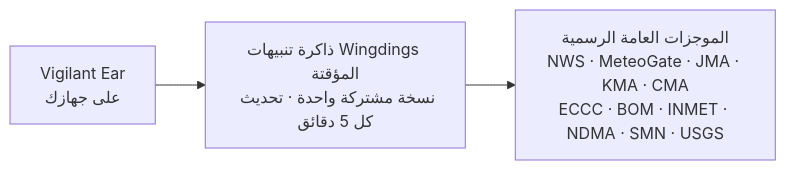
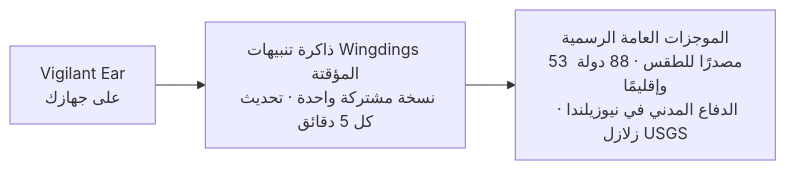
Before and after one commit to rpalm01-star/VigilantEarLegal: the fourth of 4 diagrams in README_ar.md, drawn with Mermaid. The commit also changed other lines of this file and 44 other files, not shown here.

````diff
--- a/README_ar.md
+++ b/README_ar.md
@@ -171,5 +171,5 @@
 ```mermaid
 graph LR
     P1["Vigilant Ear<br/>على جهازك"] --> W["ذاكرة تنبيهات Wingdings المؤقتة<br/>نسخة مشتركة واحدة · تحديث كل 5 دقائق"]
-    W --> N["الموجزات العامة الرسمية<br/>NWS · MeteoGate · JMA · KMA · CMA<br/>ECCC · BOM · INMET · NDMA · SMN · USGS"]
+    W --> N["الموجزات العامة الرسمية<br/>53 مصدرًا للطقس · 88 دولة وإقليمًا<br/>الدفاع المدني في نيوزيلندا · زلازل USGS"]
 ```
````
